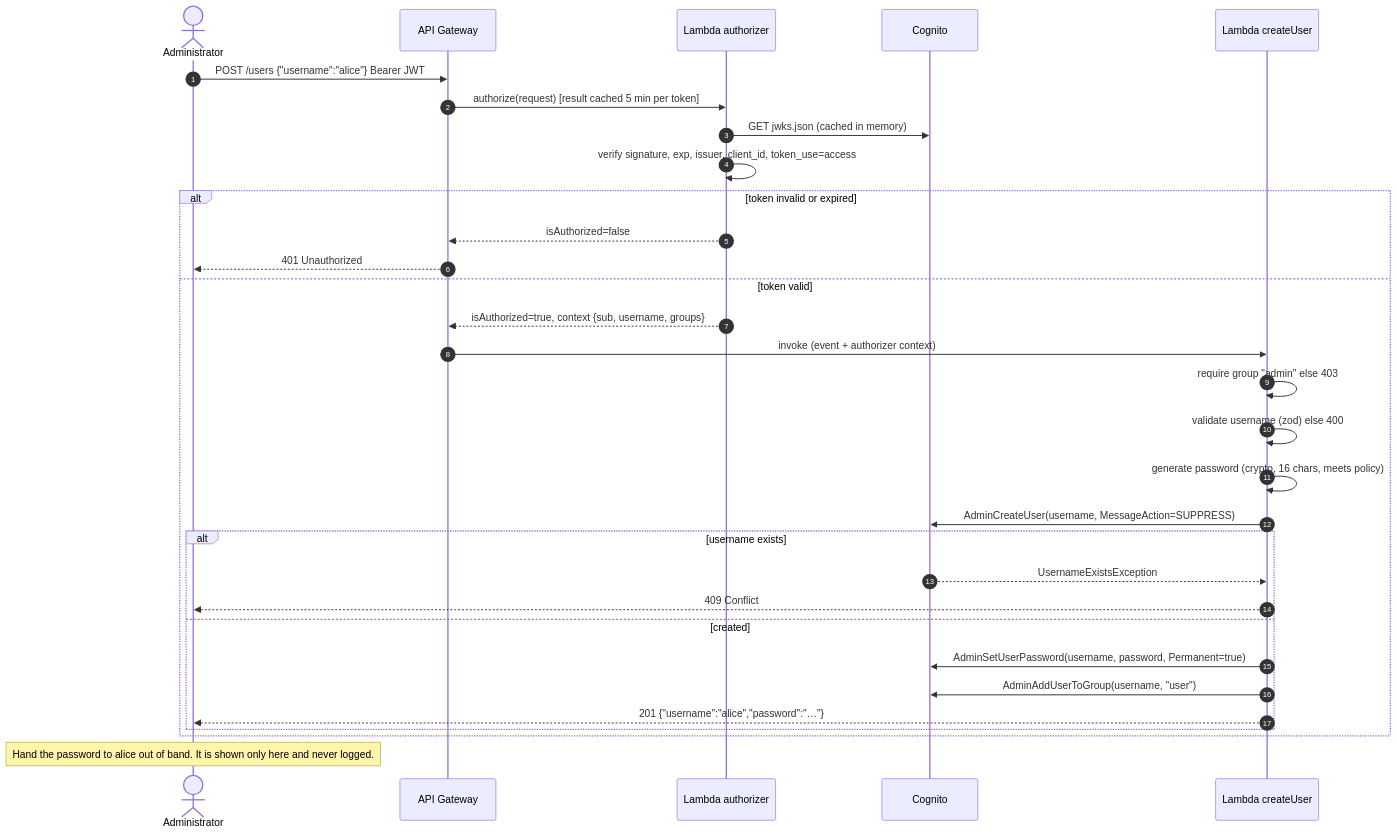
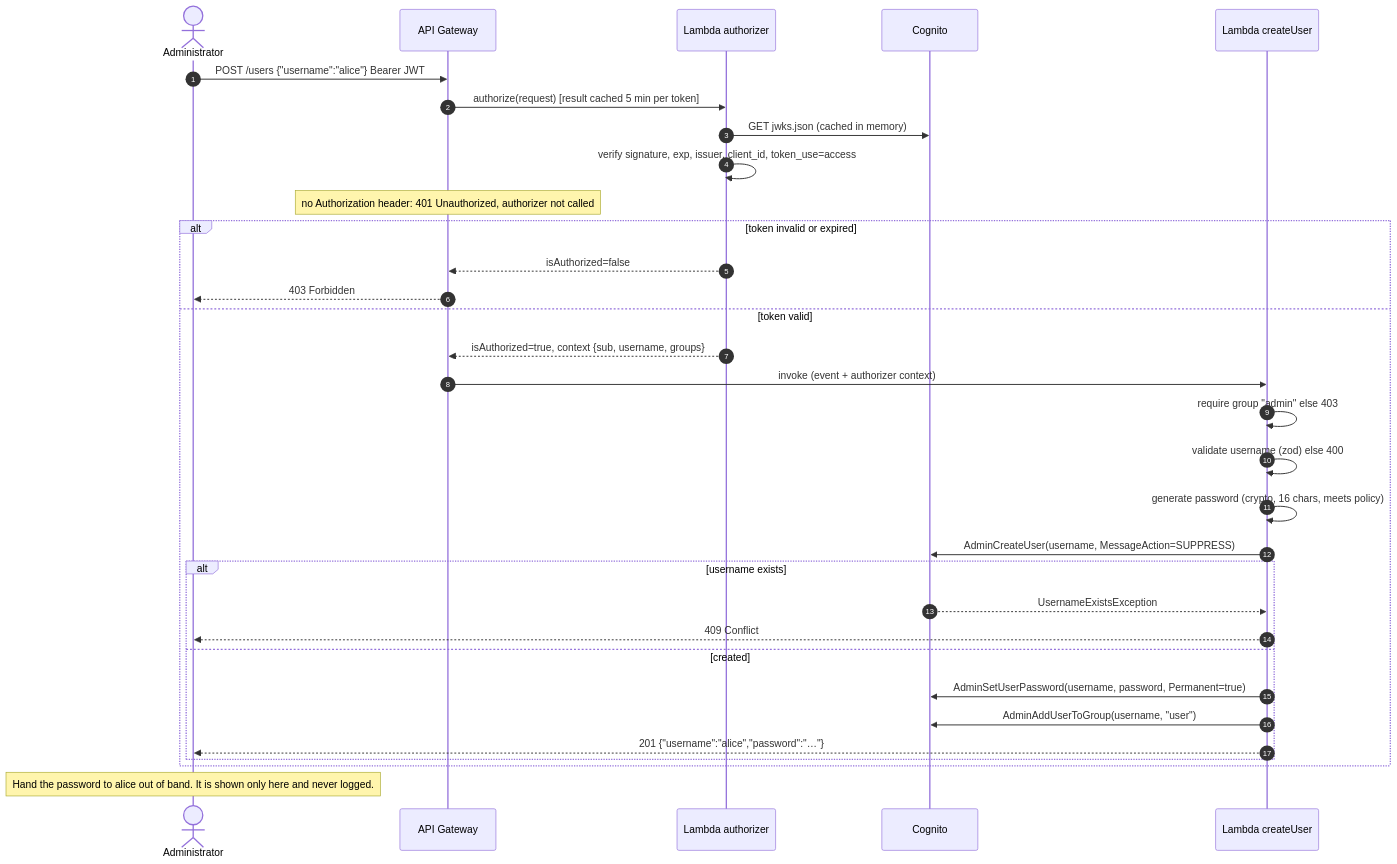
Before and after one commit to EnricoPicci/shared-calendar: the fourth of 7 diagrams in docs/ARCHITECTURE.md, drawn with Mermaid. The commit also changed other lines of this file and 9 other files, not shown here.

````diff
--- a/docs/ARCHITECTURE.md
+++ b/docs/ARCHITECTURE.md
@@ -248,34 +250,35 @@
 ```mermaid
 sequenceDiagram
     autonumber
     actor A as Administrator
     participant GW as API Gateway
     participant AUTH as Lambda authorizer
     participant COG as Cognito
     participant CU as Lambda createUser
 
     A->>GW: POST /users {"username":"alice"}  Bearer JWT
     GW->>AUTH: authorize(request)  [result cached 5 min per token]
     AUTH->>COG: GET jwks.json (cached in memory)
     AUTH->>AUTH: verify signature, exp, issuer, client_id, token_use=access
+    Note over GW: no Authorization header: 401 Unauthorized, authorizer not called
     alt token invalid or expired
         AUTH-->>GW: isAuthorized=false
-        GW-->>A: 401 Unauthorized
+        GW-->>A: 403 Forbidden
     else token valid
         AUTH-->>GW: isAuthorized=true, context {sub, username, groups}
         GW->>CU: invoke (event + authorizer context)
         CU->>CU: require group "admin" else 403
         CU->>CU: validate username (zod) else 400
         CU->>CU: generate password (crypto, 16 chars, meets policy)
         CU->>COG: AdminCreateUser(username, MessageAction=SUPPRESS)
         alt username exists
             COG-->>CU: UsernameExistsException
             CU-->>A: 409 Conflict
         else created
             CU->>COG: AdminSetUserPassword(username, password, Permanent=true)
             CU->>COG: AdminAddUserToGroup(username, "user")
             CU-->>A: 201 {"username":"alice","password":"…"}
         end
     end
     Note over A: Hand the password to alice out of band. It is shown only here and never logged.
 ```
````
